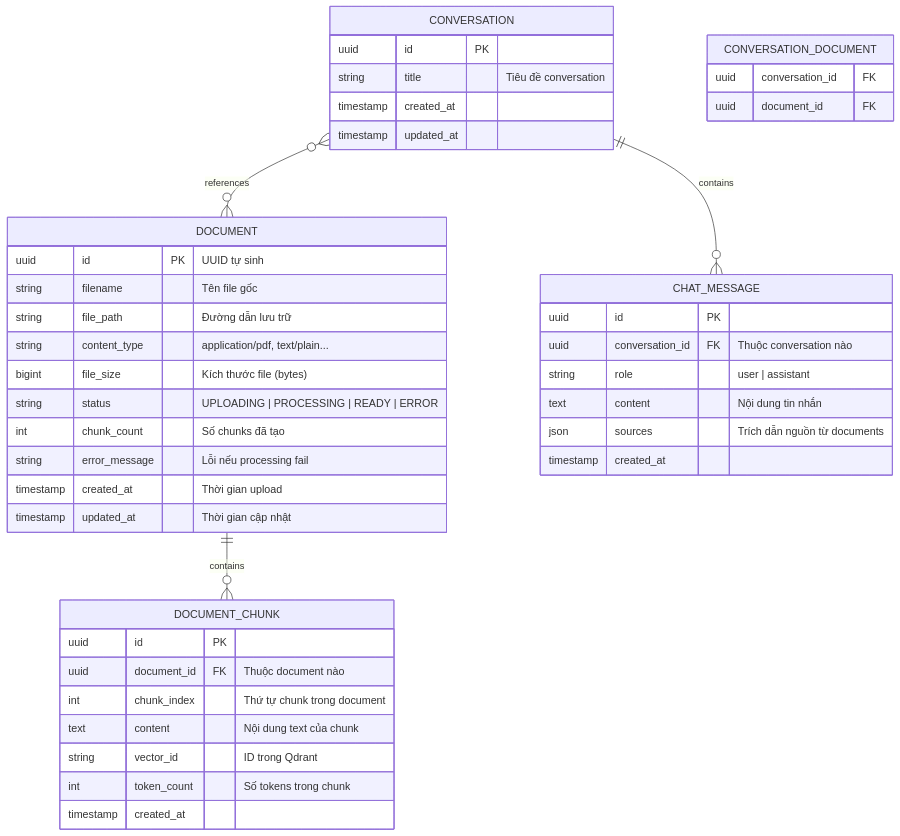
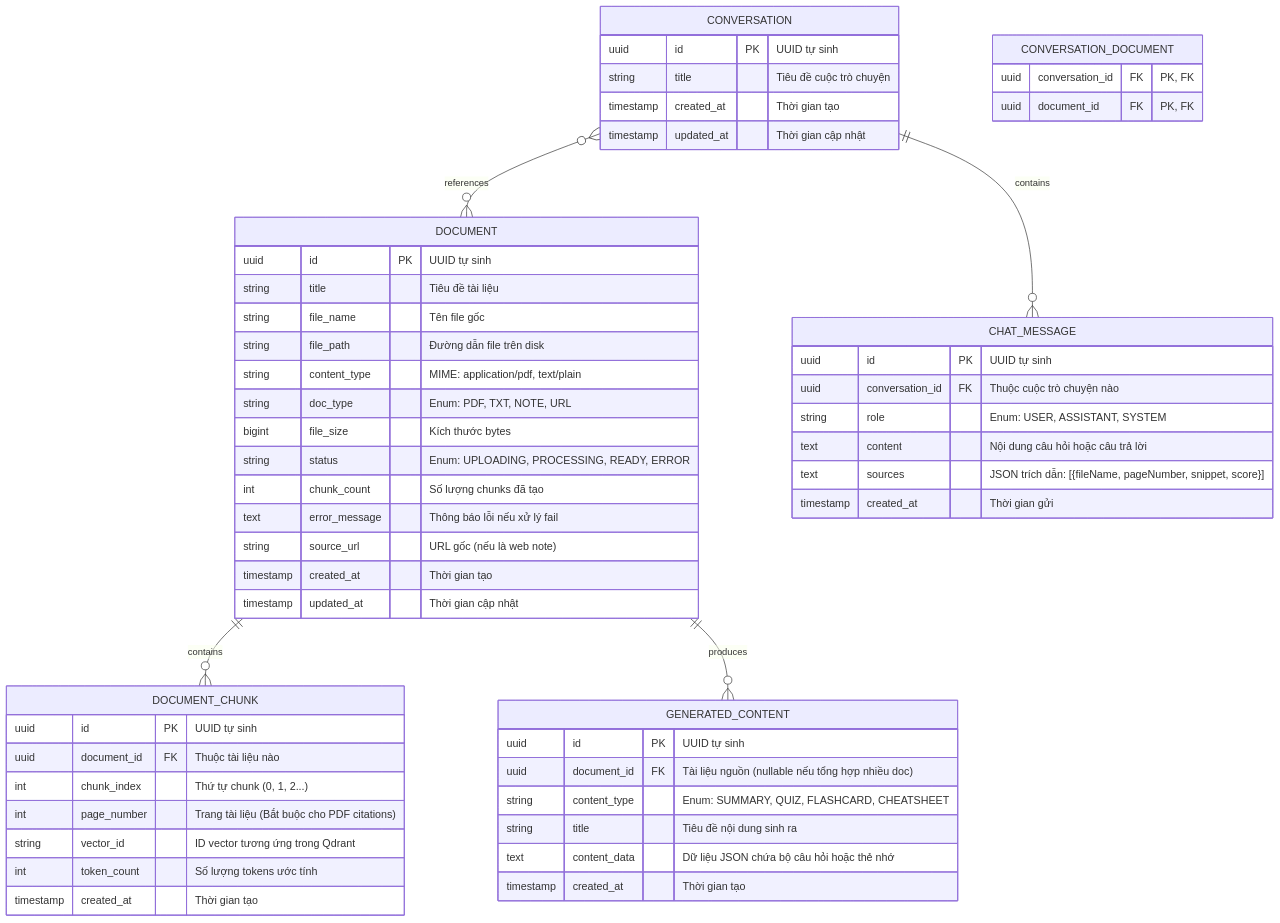
One commit to chauphat-dev/smart-doc-assistant changed the second of 2 diagrams in implementation_plan.md. Above: the diagram before and after it, drawn with Mermaid. The commit also changed other lines of this file, not shown here.

````diff
--- a/implementation_plan.md
+++ b/implementation_plan.md
@@ -274,50 +90,63 @@
 ```mermaid
 erDiagram
     DOCUMENT ||--o{ DOCUMENT_CHUNK : contains
     CONVERSATION ||--o{ CHAT_MESSAGE : contains
     CONVERSATION }o--o{ DOCUMENT : references
+    DOCUMENT ||--o{ GENERATED_CONTENT : produces
 
     DOCUMENT {
         uuid id PK "UUID tự sinh"
-        string filename "Tên file gốc"
-        string file_path "Đường dẫn lưu trữ"
-        string content_type "application/pdf, text/plain..."
-        bigint file_size "Kích thước file (bytes)"
-        string status "UPLOADING | PROCESSING | READY | ERROR"
-        int chunk_count "Số chunks đã tạo"
-        string error_message "Lỗi nếu processing fail"
-        timestamp created_at "Thời gian upload"
+        string title "Tiêu đề tài liệu"
+        string file_name "Tên file gốc"
+        string file_path "Đường dẫn file trên disk"
+        string content_type "MIME: application/pdf, text/plain"
+        string doc_type "Enum: PDF, TXT, NOTE, URL"
+        bigint file_size "Kích thước bytes"
+        string status "Enum: UPLOADING, PROCESSING, READY, ERROR"
+        int chunk_count "Số lượng chunks đã tạo"
+        text error_message "Thông báo lỗi nếu xử lý fail"
+        string source_url "URL gốc (nếu là web note)"
+        timestamp created_at "Thời gian tạo"
         timestamp updated_at "Thời gian cập nhật"
     }
 
     DOCUMENT_CHUNK {
-        uuid id PK
-        uuid document_id FK "Thuộc document nào"
-        int chunk_index "Thứ tự chunk trong document"
-        text content "Nội dung text của chunk"
-        string vector_id "ID trong Qdrant"
-        int token_count "Số tokens trong chunk"
-        timestamp created_at
+        uuid id PK "UUID tự sinh"
+        uuid document_id FK "Thuộc tài liệu nào"
+        int chunk_index "Thứ tự chunk (0, 1, 2...)"
+        int page_number "Trang tài liệu (Bắt buộc cho PDF citations)"
+        string vector_id "ID vector tương ứng trong Qdrant"
+        int token_count "Số lượng tokens ước tính"
+        timestamp created_at "Thời gian tạo"
     }
 
     CONVERSATION {
-        uuid id PK
-        string title "Tiêu đề conversation"
-        timestamp created_at
-        timestamp updated_at
+        uuid id PK "UUID tự sinh"
+        string title "Tiêu đề cuộc trò chuyện"
+        timestamp created_at "Thời gian tạo"
+        timestamp updated_at "Thời gian cập nhật"
+    }
+
+    CONVERSATION_DOCUMENT {
+        uuid conversation_id FK "PK, FK"
+        uuid document_id FK "PK, FK"
     }
 
     CHAT_MESSAGE {
-        uuid id PK
-        uuid conversation_id FK "Thuộc conversation nào"
-        string role "user | assistant"
-        text content "Nội dung tin nhắn"
-        json sources "Trích dẫn nguồn từ documents"
-        timestamp created_at
+        uuid id PK "UUID tự sinh"
+        uuid conversation_id FK "Thuộc cuộc trò chuyện nào"
+        string role "Enum: USER, ASSISTANT, SYSTEM"
+        text content "Nội dung câu hỏi hoặc câu trả lời"
+        text sources "JSON trích dẫn: [{fileName, pageNumber, snippet, score}]"
+        timestamp created_at "Thời gian gửi"
     }
 
-    CONVERSATION_DOCUMENT {
-        uuid conversation_id FK
-        uuid document_id FK
+    GENERATED_CONTENT {
+        uuid id PK "UUID tự sinh"
+        uuid document_id FK "Tài liệu nguồn (nullable nếu tổng hợp nhiều doc)"
+        string content_type "Enum: SUMMARY, QUIZ, FLASHCARD, CHEATSHEET"
+        string title "Tiêu đề nội dung sinh ra"
+        text content_data "Dữ liệu JSON chứa bộ câu hỏi hoặc thẻ nhớ"
+        timestamp created_at "Thời gian tạo"
     }
 ```
````
